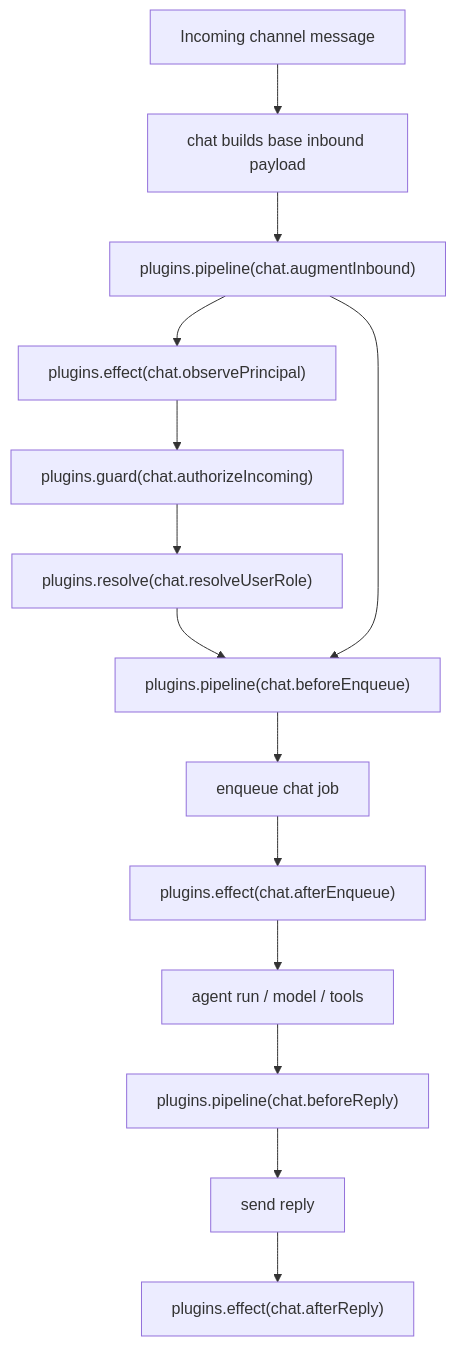
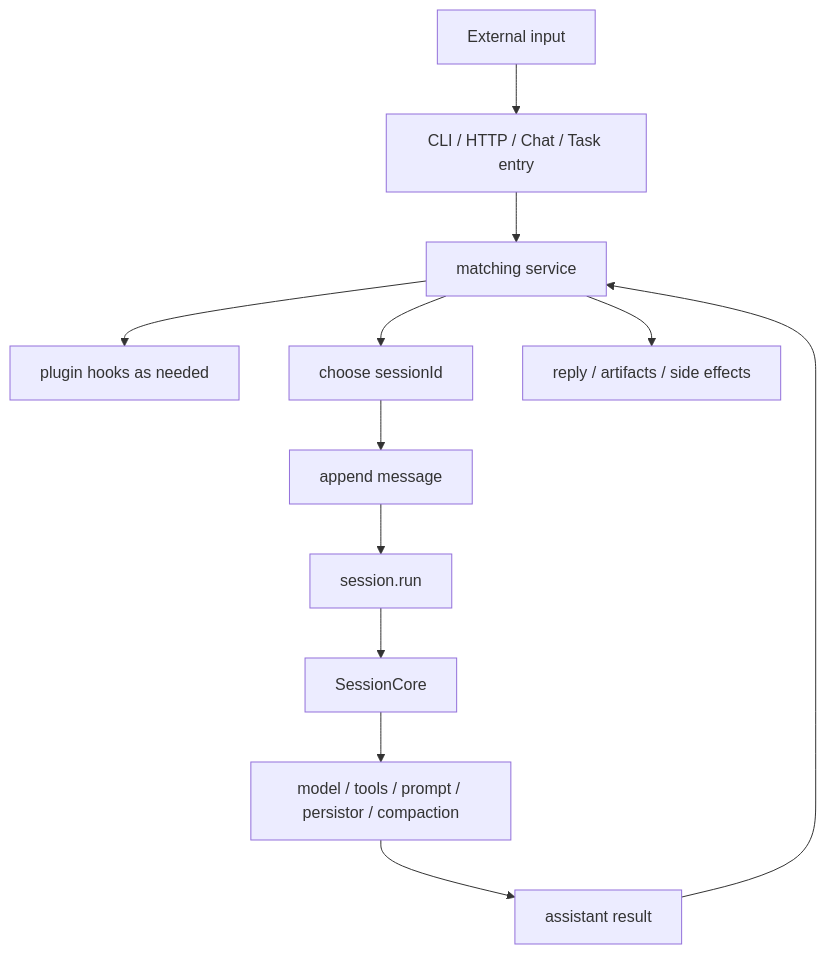
Before and after one commit to wangenius/downcity: the third of 3 diagrams in homepage/content/devdocs/en/architecture/system-logic.mdx, drawn with Mermaid. The commit also changed other lines of this file and 17 other files, not shown here.

````diff
--- a/homepage/content/devdocs/en/architecture/system-logic.mdx
+++ b/homepage/content/devdocs/en/architecture/system-logic.mdx
@@ -135,16 +174,14 @@
 ```mermaid
 flowchart TD
-  IN["Incoming channel message"] --> BASE["chat builds base inbound payload"]
-  BASE --> AUG["plugins.pipeline(chat.augmentInbound)"]
-  AUG --> OBS["plugins.effect(chat.observePrincipal)"]
-  OBS --> AUTH["plugins.guard(chat.authorizeIncoming)"]
-  AUTH --> ROLE["plugins.resolve(chat.resolveUserRole)"]
-  ROLE --> ENQ1["plugins.pipeline(chat.beforeEnqueue)"]
-  AUG --> ENQ1
-  ENQ1 --> QUEUE["enqueue chat job"]
-  QUEUE --> ENQ2["plugins.effect(chat.afterEnqueue)"]
-  ENQ2 --> RUN["agent run / model / tools"]
-  RUN --> REP1["plugins.pipeline(chat.beforeReply)"]
-  REP1 --> SEND["send reply"]
-  SEND --> REP2["plugins.effect(chat.afterReply)"]
+  IN["External input"] --> ROUTE["CLI / HTTP / Chat / Task entry"]
+  ROUTE --> SERVICE["matching service"]
+  SERVICE --> HOOK["plugin hooks as needed"]
+  SERVICE --> SID["choose sessionId"]
+  SID --> APPEND["append message"]
+  APPEND --> RUN["session.run"]
+  RUN --> CORE["SessionCore"]
+  CORE --> MODEL["model / tools / prompt / persistor / compaction"]
+  MODEL --> RES["assistant result"]
+  RES --> SERVICE
+  SERVICE --> OUT["reply / artifacts / side effects"]
 ```
````
